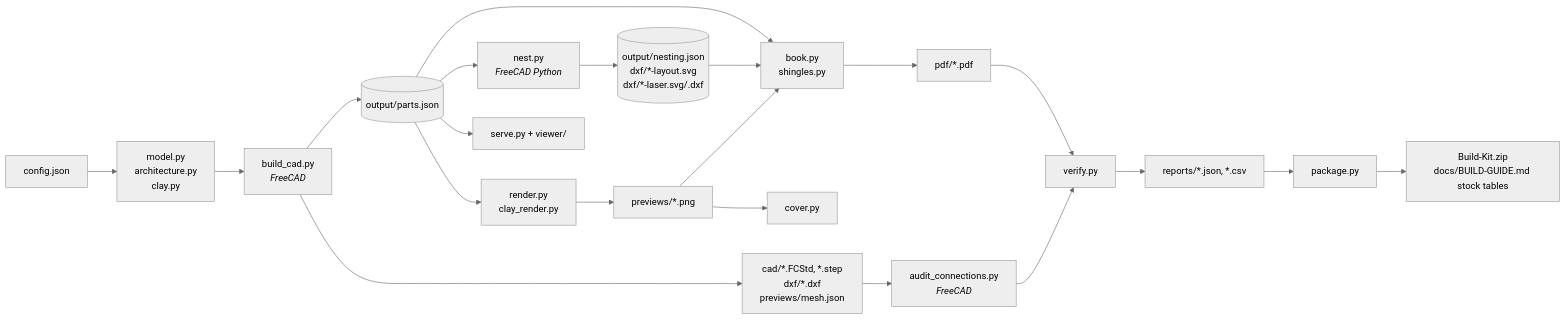
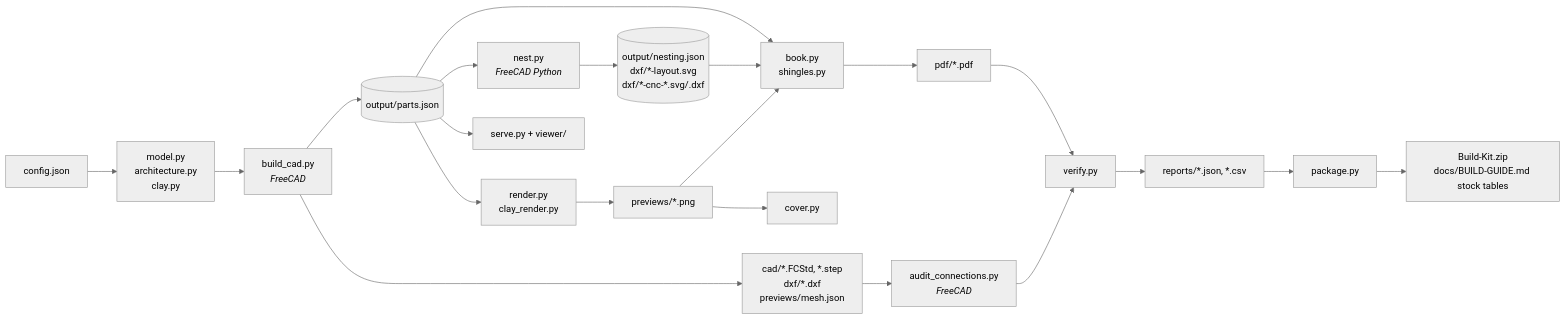
One commit to hvitis/LanternHouse changed the diagram in docs/PIPELINE.md. Above: the diagram before and after it, drawn with Mermaid (neutral theme). The commit also changed other lines of this file and 32 other files, not shown here.

````diff
--- a/docs/PIPELINE.md
+++ b/docs/PIPELINE.md
@@ -18,23 +18,23 @@
 ```mermaid
 flowchart LR
   cfg[config.json] --> model[model.py<br/>architecture.py<br/>clay.py]
   model --> cad[build_cad.py<br/><i>FreeCAD</i>]
   cad --> parts[(output/parts.json)]
   cad --> step[cad/*.FCStd, *.step<br/>dxf/*.dxf<br/>previews/mesh.json]
   parts --> nest[nest.py<br/><i>FreeCAD Python</i>]
-  nest --> nesting[(output/nesting.json<br/>dxf/*-layout.svg<br/>dxf/*-laser.svg/.dxf)]
+  nest --> nesting[(output/nesting.json<br/>dxf/*-layout.svg<br/>dxf/*-cnc-*.svg/.dxf)]
   step --> audit[audit_connections.py<br/><i>FreeCAD</i>]
   parts --> render[render.py<br/>clay_render.py]
   render --> previews[previews/*.png]
   previews --> cover[cover.py]
   parts --> book[book.py<br/>shingles.py]
   nesting --> book
   previews --> book
   book --> pdf[pdf/*.pdf]
   pdf --> verify[verify.py]
   audit --> verify
   verify --> reports[reports/*.json, *.csv]
   reports --> package[package.py]
   package --> zip[Build-Kit.zip<br/>docs/BUILD-GUIDE.md stock tables]
   parts --> viewer[serve.py + viewer/]
 ```
````
